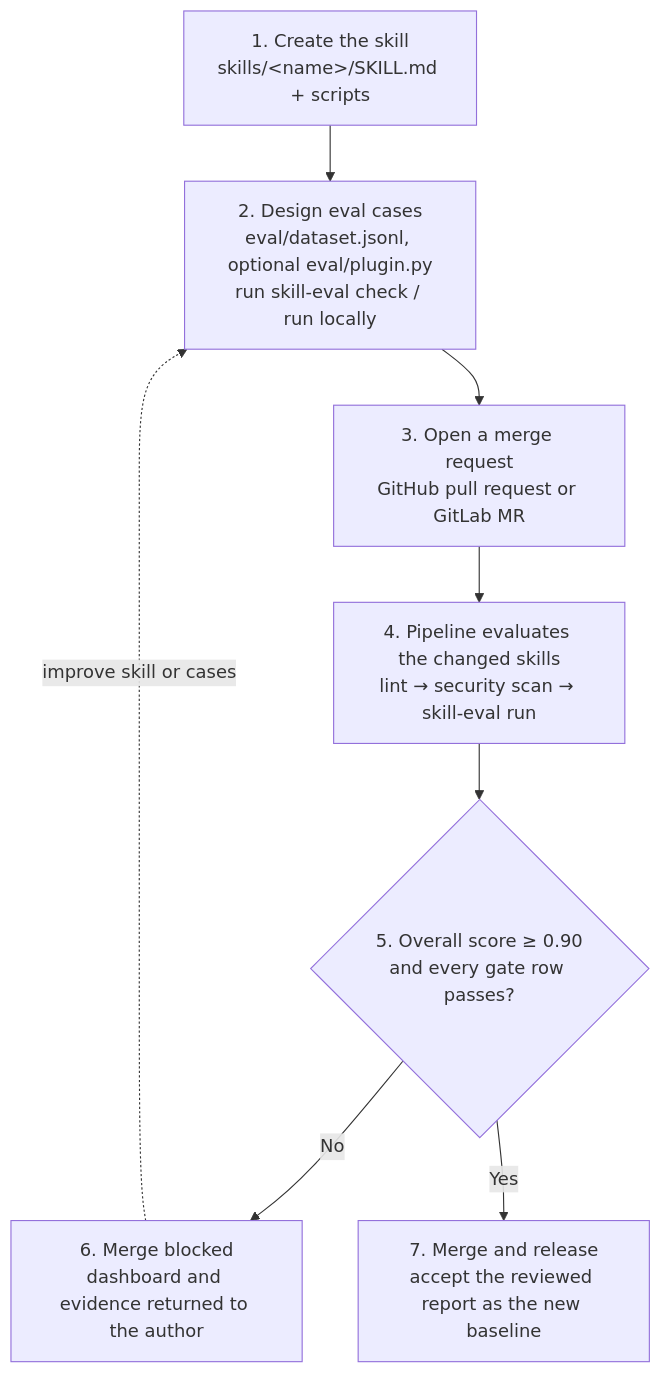
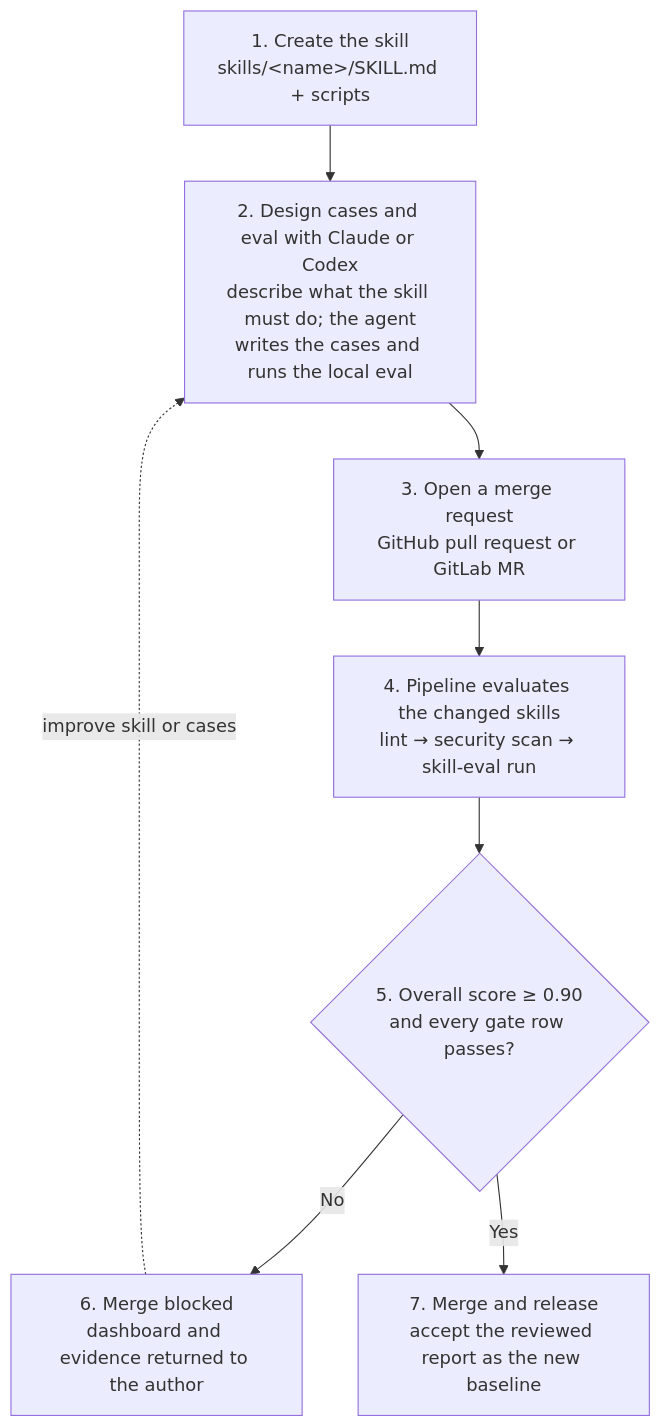
The diagram in README.md (RichardLeeY/skill-eval-marketplace), drawn with Mermaid before and after one commit. The commit also changed other lines of this file and 1 other file, not shown here.

Commit message:
docs: describe step 2 as agent-assisted case design

````diff
--- a/README.md
+++ b/README.md
@@ -16,10 +16,10 @@
 ```mermaid
 flowchart TD
-    A["1. Create the skill<br/>skills/&lt;name&gt;/SKILL.md + scripts"] --> B["2. Design eval cases<br/>eval/dataset.jsonl, optional eval/plugin.py<br/>run skill-eval check / run locally"]
+    A["1. Create the skill<br/>skills/&lt;name&gt;/SKILL.md + scripts"] --> B["2. Design cases and eval with Claude or Codex<br/>describe what the skill must do; the agent<br/>writes the cases and runs the local eval"]
     B --> C["3. Open a merge request<br/>GitHub pull request or GitLab MR"]
     C --> D["4. Pipeline evaluates the changed skills<br/>lint → security scan → skill-eval run"]
     D --> E{"5. Overall score ≥ 0.90<br/>and every gate row passes?"}
     E -- "No" --> F["6. Merge blocked<br/>dashboard and evidence returned to the author"]
     F -. "improve skill or cases" .-> B
     E -- "Yes" --> G["7. Merge and release<br/>accept the reviewed report as the new baseline"]
 ```
````
